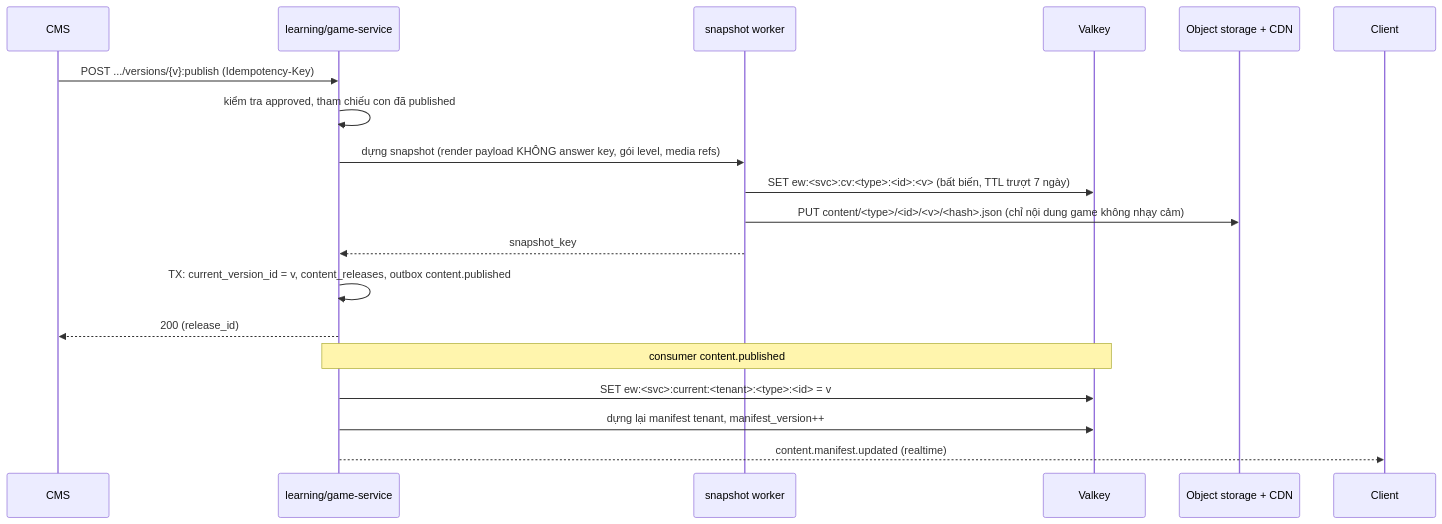
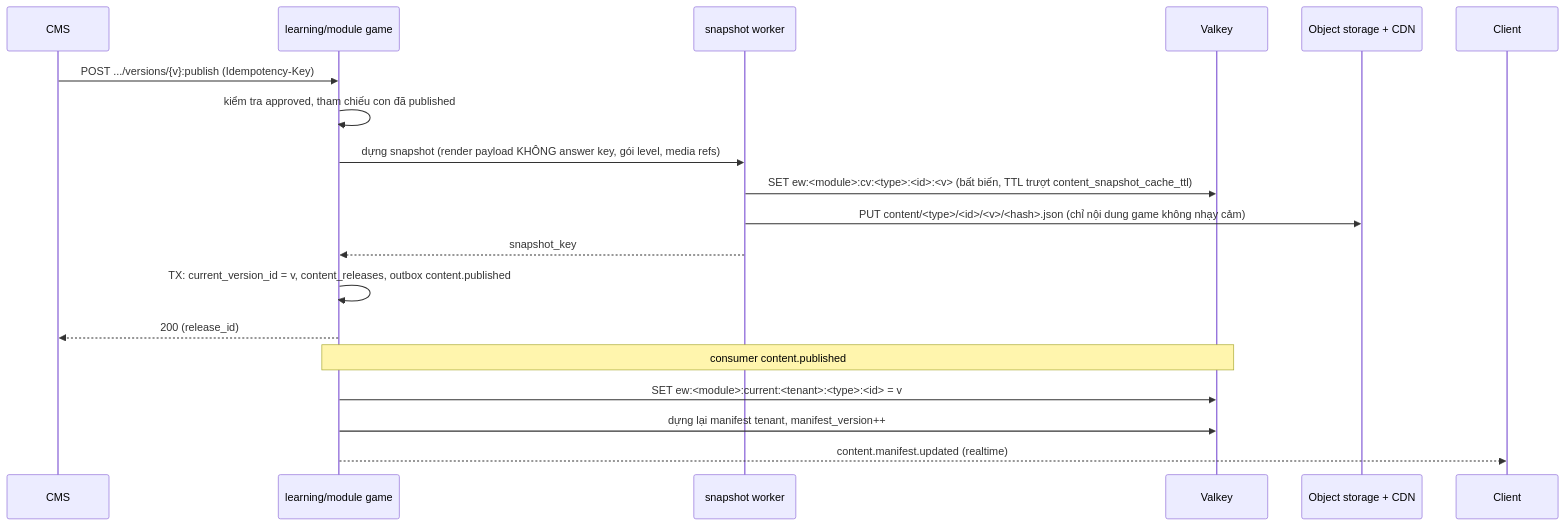
One commit to tanguyen2020/eduworld-platform changed the second of 4 diagrams in docs/02-learning/CONTENT_MODEL.md. Above: the diagram before and after it, drawn with Mermaid. The commit also changed other lines of this file and 922 other files, not shown here.

````diff
--- a/docs/02-learning/CONTENT_MODEL.md
+++ b/docs/02-learning/CONTENT_MODEL.md
@@ -143,20 +144,20 @@
 ```mermaid
 sequenceDiagram
   participant CMS
-  participant SVC as learning/game-service
+  participant SVC as learning/module game
   participant W as snapshot worker
   participant VK as Valkey
   participant OS as Object storage + CDN
   CMS->>SVC: POST .../versions/{v}:publish (Idempotency-Key)
   SVC->>SVC: kiểm tra approved, tham chiếu con đã published
   SVC->>W: dựng snapshot (render payload KHÔNG answer key, gói level, media refs)
-  W->>VK: SET ew:<svc>:cv:<type>:<id>:<v> (bất biến, TTL trượt 7 ngày)
+  W->>VK: SET ew:<module>:cv:<type>:<id>:<v> (bất biến, TTL trượt content_snapshot_cache_ttl)
   W->>OS: PUT content/<type>/<id>/<v>/<hash>.json (chỉ nội dung game không nhạy cảm)
   W-->>SVC: snapshot_key
   SVC->>SVC: TX: current_version_id = v, content_releases, outbox content.published
   SVC-->>CMS: 200 (release_id)
   Note over SVC,VK: consumer content.published
-  SVC->>VK: SET ew:<svc>:current:<tenant>:<type>:<id> = v
+  SVC->>VK: SET ew:<module>:current:<tenant>:<type>:<id> = v
   SVC->>VK: dựng lại manifest tenant, manifest_version++
   SVC-->>Client: content.manifest.updated (realtime)
 ```
````
